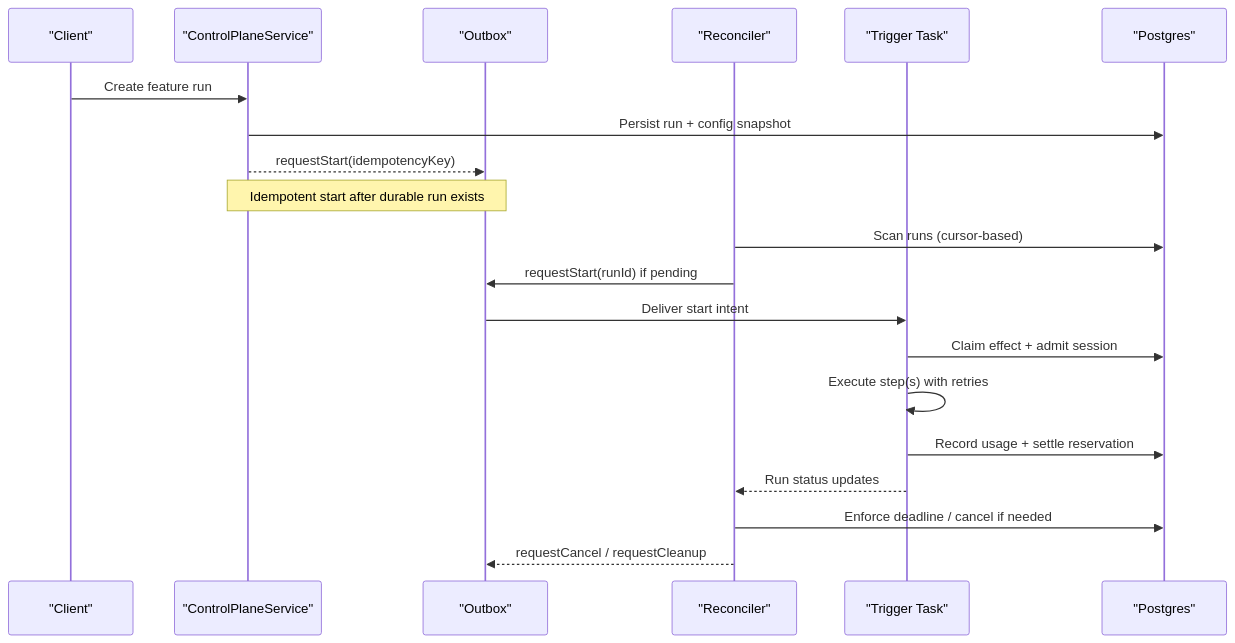
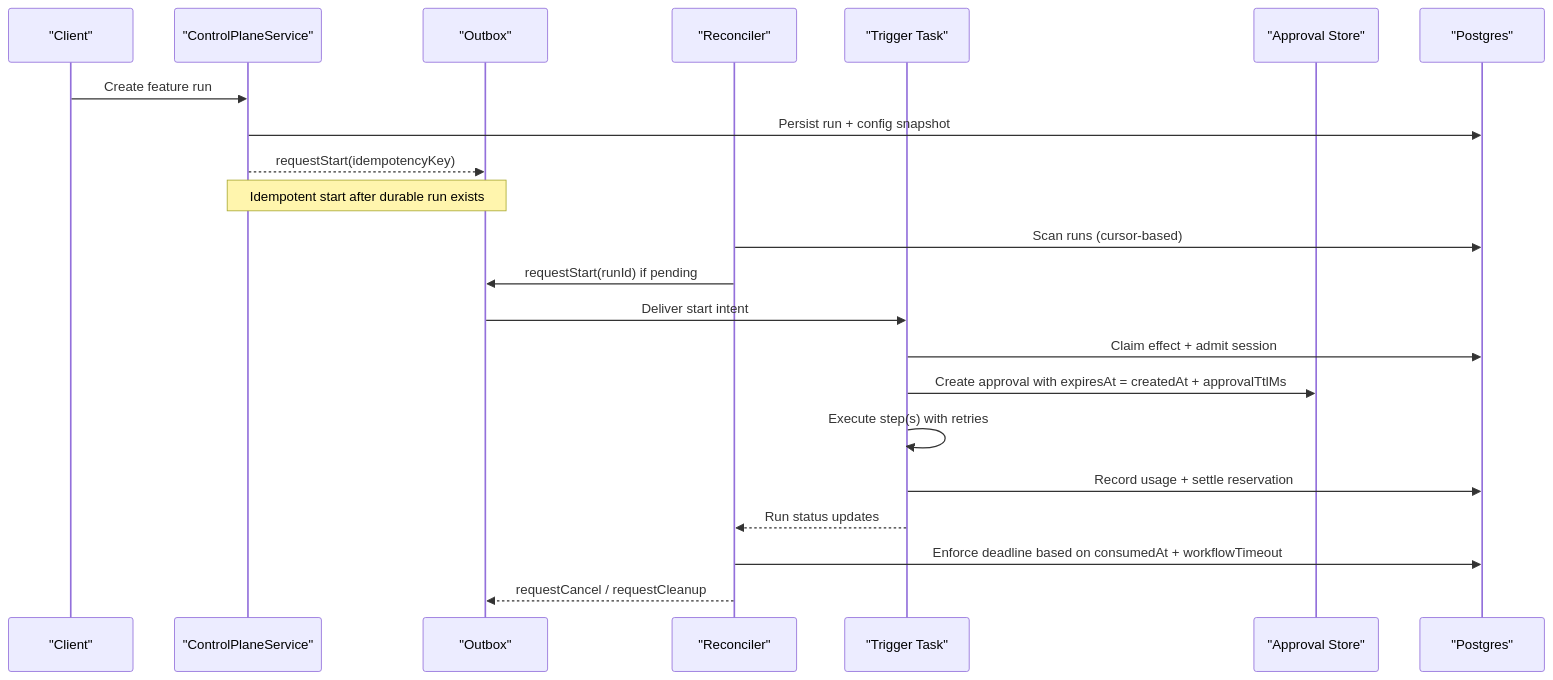
The second of 8 diagrams in .qoder/repowiki/en/content/Core Concepts/Workflows and Pipelines/Workflow Lifecycle Management.md (vmyazin/agent-os-passerine), drawn with Mermaid before and after one commit. The commit also changed other lines of this file and 133 other files, not shown here.

````diff
--- a/.qoder/repowiki/en/content/Core Concepts/Workflows and Pipelines/Workflow Lifecycle Management.md
+++ b/.qoder/repowiki/en/content/Core Concepts/Workflows and Pipelines/Workflow Lifecycle Management.md
@@ -107,22 +117,24 @@
 ```mermaid
 sequenceDiagram
 participant Client as "Client"
 participant CP as "ControlPlaneService"
 participant OUT as "Outbox"
 participant REC as "Reconciler"
 participant TRG as "Trigger Task"
+participant APPR as "Approval Store"
 participant DB as "Postgres"
 Client->>CP : Create feature run
 CP->>DB : Persist run + config snapshot
 CP-->>OUT : requestStart(idempotencyKey)
 Note over CP,OUT : Idempotent start after durable run exists
 REC->>DB : Scan runs (cursor-based)
 REC->>OUT : requestStart(runId) if pending
 OUT->>TRG : Deliver start intent
 TRG->>DB : Claim effect + admit session
+TRG->>APPR : Create approval with expiresAt = createdAt + approvalTtlMs
 TRG->>TRG : Execute step(s) with retries
 TRG->>DB : Record usage + settle reservation
 TRG-->>REC : Run status updates
-REC->>DB : Enforce deadline / cancel if needed
+REC->>DB : Enforce deadline based on consumedAt + workflowTimeout
 REC-->>OUT : requestCancel / requestCleanup
 ```
````
